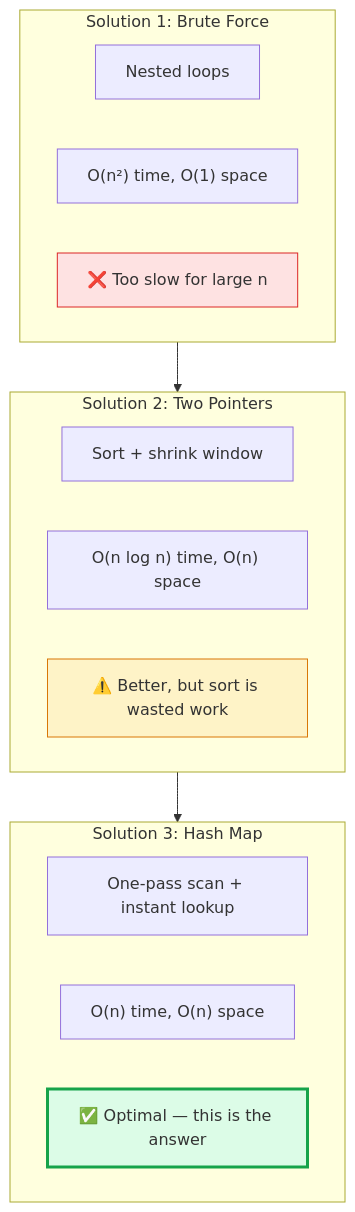
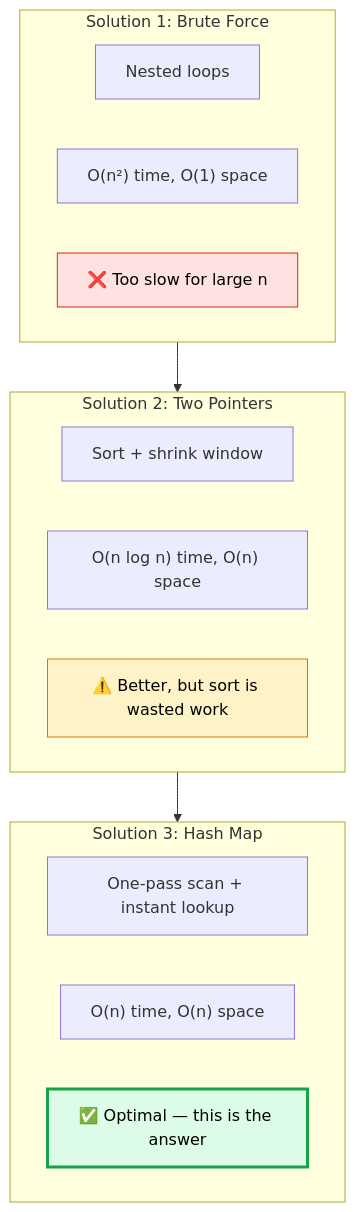
One commit to M-F-Tushar/LeetCode-Problem-Solving changed diagram 12 of 12 in 01 - Two Sum/README.md. Above: the diagram before and after it, drawn with Mermaid. The commit also changed other lines of this file, not shown here.

````diff
--- a/01 - Two Sum/README.md
+++ b/01 - Two Sum/README.md
@@ -417,26 +416,26 @@
 ```mermaid
 flowchart TB
     subgraph BF["Solution 1: Brute Force"]
         BF1["Nested loops"]
         BF2["O(n²) time, O(1) space"]
         BF3["❌ Too slow for large n"]
     end
 
     subgraph TP["Solution 2: Two Pointers"]
         TP1["Sort + shrink window"]
         TP2["O(n log n) time, O(n) space"]
         TP3["⚠️ Better, but sort is wasted work"]
     end
 
     subgraph HM["Solution 3: Hash Map"]
         HM1["One-pass scan + instant lookup"]
         HM2["O(n) time, O(n) space"]
         HM3["✅ Optimal — this is the answer"]
     end
 
     BF --> TP --> HM
 
-    style BF3 fill:#fee2e2,stroke:#dc2626
-    style TP3 fill:#fef3c7,stroke:#d97706
-    style HM3 fill:#dcfce7,stroke:#16a34a,stroke-width:3px
+    style BF3 fill:#fee2e2,stroke:#dc2626,color:#000000
+    style TP3 fill:#fef3c7,stroke:#d97706,color:#000000
+    style HM3 fill:#dcfce7,stroke:#16a34a,stroke-width:3px,color:#000000
 ```
````
